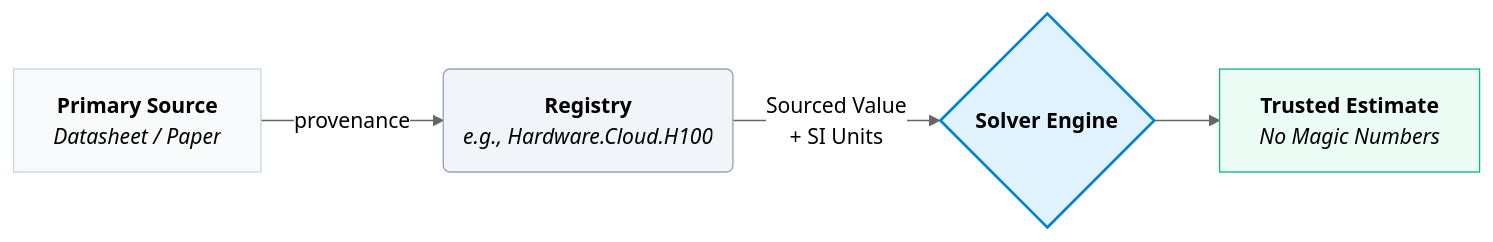
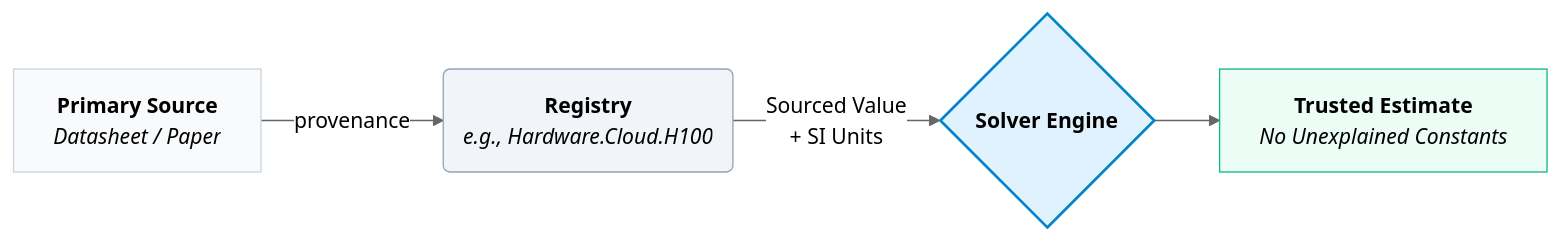
One commit to harvard-edge/cs249r_book changed the first of 2 diagrams in mlsysim/docs/philosophy.qmd. Above: the diagram before and after it, drawn with Mermaid. The commit also changed other lines of this file and 27 other files, not shown here.

````diff
--- a/mlsysim/docs/philosophy.qmd
+++ b/mlsysim/docs/philosophy.qmd
@@ -49,12 +49,12 @@
 ```{mermaid}
 %%{init: {'theme': 'neutral'}}%%
 flowchart LR
     A[<b>Primary Source</b><br/><i>Datasheet / Paper</i>] -->|provenance| B(<b>Registry</b><br/><i>e.g., Hardware.Cloud.H100</i>)
     B -->|Sourced Value<br/>+ SI Units| C{<b>Solver Engine</b>}
-    C --> D[<b>Trusted Estimate</b><br/><i>No Magic Numbers</i>]
+    C --> D[<b>Trusted Estimate</b><br/><i>No Unexplained Constants</i>]
 
     style A fill:#f8fafc,stroke:#cbd5e1
     style B fill:#f1f5f9,stroke:#94a3b8
     style C fill:#e0f2fe,stroke:#0284c7,stroke-width:2px
     style D fill:#ecfdf5,stroke:#10b981
 ```
````
